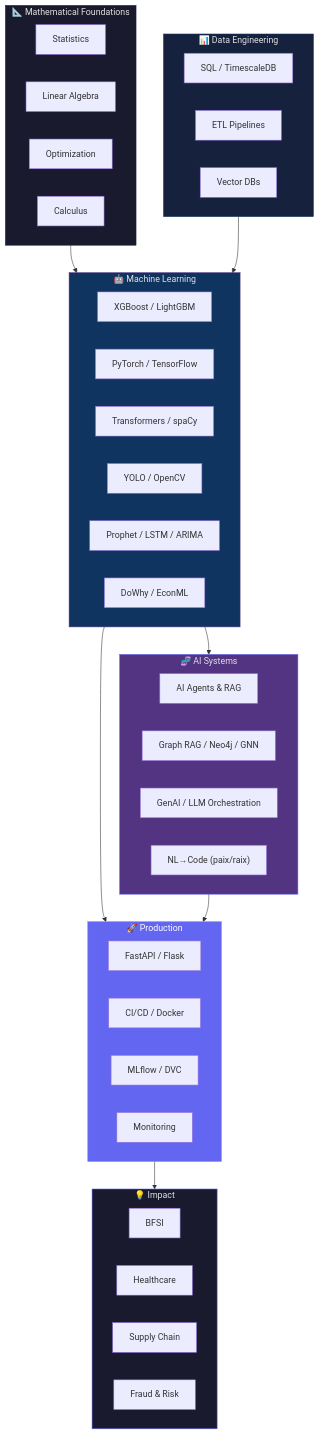
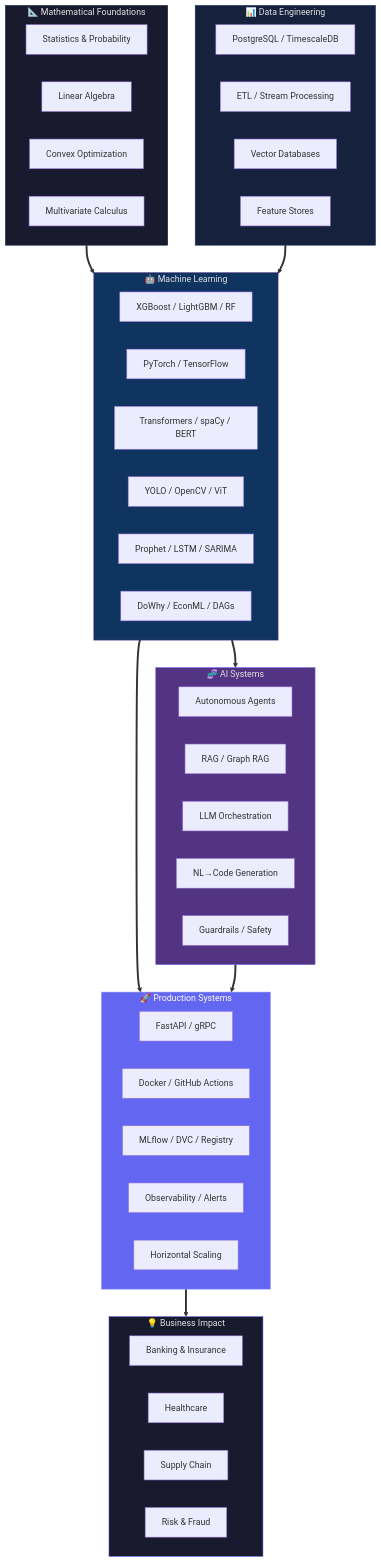
One commit to twomathematicians-code/twomathematicians-code changed the fourth of 7 diagrams in README.md. Above: the diagram before and after it, drawn with Mermaid. The commit also changed other lines of this file and 3 other files, not shown here.

````diff
--- a/README.md
+++ b/README.md
@@ -36,65 +154,68 @@
 ```mermaid
 flowchart TB
     subgraph FOUNDATIONS["📐 Mathematical Foundations"]
         direction LR
-        STAT["Statistics"]
+        STAT["Statistics & Probability"]
         LA["Linear Algebra"]
-        OPT["Optimization"]
-        CALC["Calculus"]
+        OPT["Convex Optimization"]
+        CALC["Multivariate Calculus"]
     end
 
     subgraph DATA["📊 Data Engineering"]
         direction LR
-        SQL["SQL / TimescaleDB"]
-        PIPES["ETL Pipelines"]
-        VECTOR["Vector DBs"]
+        SQL["PostgreSQL / TimescaleDB"]
+        PIPES["ETL / Stream Processing"]
+        VECTOR["Vector Databases"]
+        WAREHOUSE["Feature Stores"]
     end
 
     subgraph ML["🤖 Machine Learning"]
         direction LR
-        CLASSIC["XGBoost / LightGBM"]
+        CLASSIC["XGBoost / LightGBM / RF"]
         DL["PyTorch / TensorFlow"]
-        NLP["Transformers / spaCy"]
-        CV["YOLO / OpenCV"]
-        TS["Prophet / LSTM / ARIMA"]
-        CAUSAL["DoWhy / EconML"]
+        NLP["Transformers / spaCy / BERT"]
+        CV["YOLO / OpenCV / ViT"]
+        TS["Prophet / LSTM / SARIMA"]
+        CAUSAL["DoWhy / EconML / DAGs"]
     end
 
     subgraph AI["🧬 AI Systems"]
         direction LR
-        AGENT["AI Agents & RAG"]
-        GRAPH["Graph RAG / Neo4j / GNN"]
-        GENAI["GenAI / LLM Orchestration"]
-        CODEGEN["NL→Code (paix/raix)"]
+        AGENT["Autonomous Agents"]
+        RAG["RAG / Graph RAG"]
+        LLM["LLM Orchestration"]
+        CODEGEN["NL→Code Generation"]
+        GUARD["Guardrails / Safety"]
     end
 
-    subgraph PROD["🚀 Production"]
+    subgraph PROD["🚀 Production Systems"]
         direction LR
-        API["FastAPI / Flask"]
-        CICD["CI/CD / Docker"]
-        MLOPS["MLflow / DVC"]
-        MONITOR["Monitoring"]
+        API["FastAPI / gRPC"]
+        CICD["Docker / GitHub Actions"]
+        MLOPS["MLflow / DVC / Registry"]
+        MONITOR["Observability / Alerts"]
+        SCALE["Horizontal Scaling"]
     end
 
-    subgraph IMPACT["💡 Impact"]
+    subgraph IMPACT["💡 Business Impact"]
         direction LR
-        FSI["BFSI"]
+        FSI["Banking & Insurance"]
         HEALTH["Healthcare"]
         SUPPLY["Supply Chain"]
-        RISK["Fraud & Risk"]
+        RISK["Risk & Fraud"]
     end
 
-    FOUNDATIONS --> ML
-    DATA --> ML
-    ML --> AI
-    ML --> PROD
-    AI --> PROD
-    PROD --> IMPACT
+    FOUNDATIONS ==> ML
+    DATA ==> ML
+    ML ==> AI
+    ML ==> PROD
+    AI ==> PROD
+    PROD ==> IMPACT
 
     style FOUNDATIONS fill:#1a1a2e,stroke:#16213e,color:#e0e0e0
     style DATA fill:#16213e,stroke:#0f3460,color:#e0e0e0
     style ML fill:#0f3460,stroke:#533483,color:#e0e0e0
     style AI fill:#533483,stroke:#6366F1,color:#e0e0e0
     style PROD fill:#6366F1,stroke:#818cf8,color:#fff
     style IMPACT fill:#1a1a2e,stroke:#6366F1,color:#e0e0e0
 ```
````
